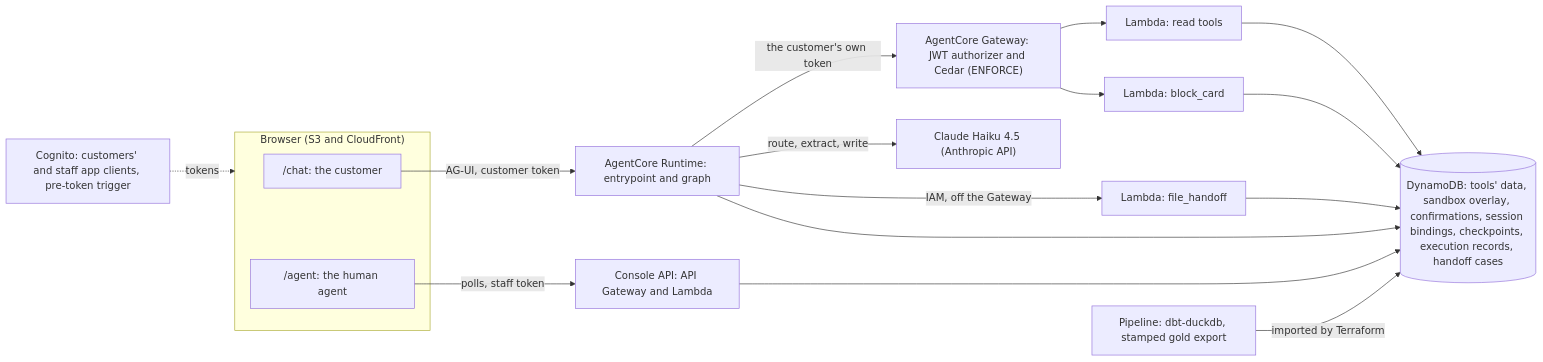
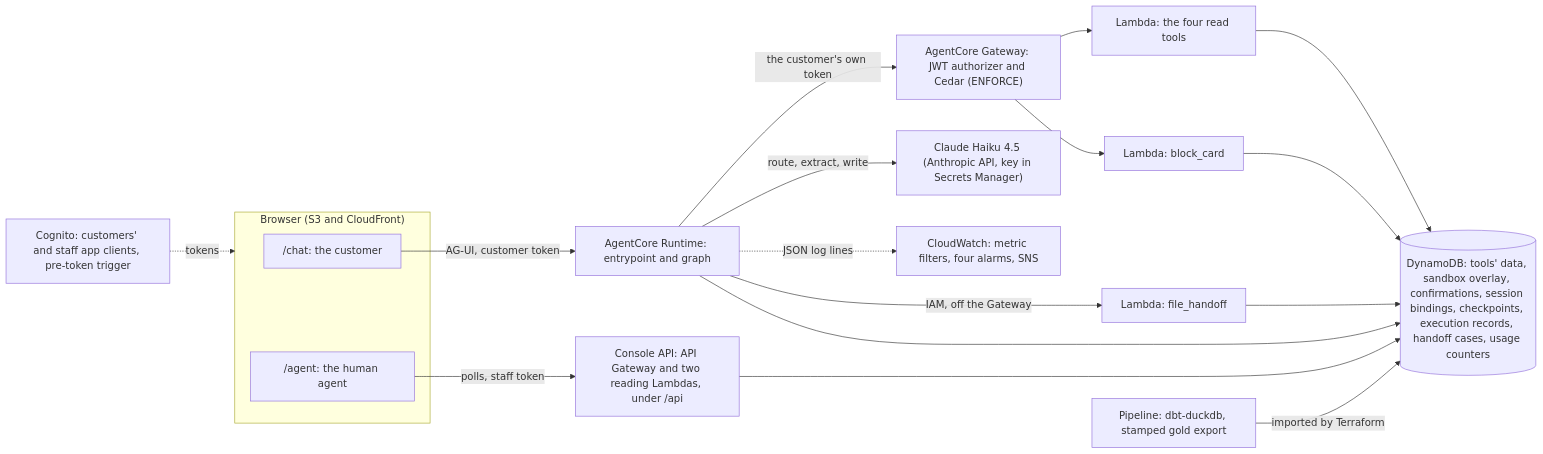
Before and after one commit to gafnts/factored-hackathon-2026-gafnts: the first of 5 diagrams in docs/architecture.md, drawn with Mermaid. The commit also changed other lines of this file, not shown here.

Commit message:
Rewrite the architecture page to what prototype runs after promotion 3

````diff
--- a/docs/architecture.md
+++ b/docs/architecture.md
@@ -12,31 +12,33 @@
 ```mermaid
 flowchart LR
   subgraph Browser["Browser (S3 and CloudFront)"]
     CHAT["/chat: the customer"]
     AGT["/agent: the human agent"]
   end
   COG["Cognito: customers' and staff app clients, pre-token trigger"]
   RT["AgentCore Runtime: entrypoint and graph"]
   GW["AgentCore Gateway: JWT authorizer and Cedar (ENFORCE)"]
-  READS["Lambda: read tools"]
+  READS["Lambda: the four read tools"]
   BLOCK["Lambda: block_card"]
   FILE["Lambda: file_handoff"]
-  API["Console API: API Gateway and Lambda"]
-  DB[("DynamoDB: tools' data, sandbox overlay, confirmations, session bindings, checkpoints, execution records, handoff cases")]
-  LLM["Claude Haiku 4.5 (Anthropic API)"]
+  API["Console API: API Gateway and two reading Lambdas, under /api"]
+  DB[("DynamoDB: tools' data, sandbox overlay, confirmations, session bindings, checkpoints, execution records, handoff cases, usage counters")]
+  LLM["Claude Haiku 4.5 (Anthropic API, key in Secrets Manager)"]
   PIPE["Pipeline: dbt-duckdb, stamped gold export"]
+  ALM["CloudWatch: metric filters, four alarms, SNS"]
   COG -.->|"tokens"| Browser
   CHAT -->|"AG-UI, customer token"| RT
   AGT -->|"polls, staff token"| API
   RT -->|"the customer's own token"| GW
   GW --> READS
   GW --> BLOCK
   RT -->|"IAM, off the Gateway"| FILE
   RT -->|"route, extract, write"| LLM
+  RT -.->|"JSON log lines"| ALM
   READS --> DB
   BLOCK --> DB
   FILE --> DB
   RT --> DB
   API --> DB
   PIPE -->|"imported by Terraform"| DB
 ```
````
